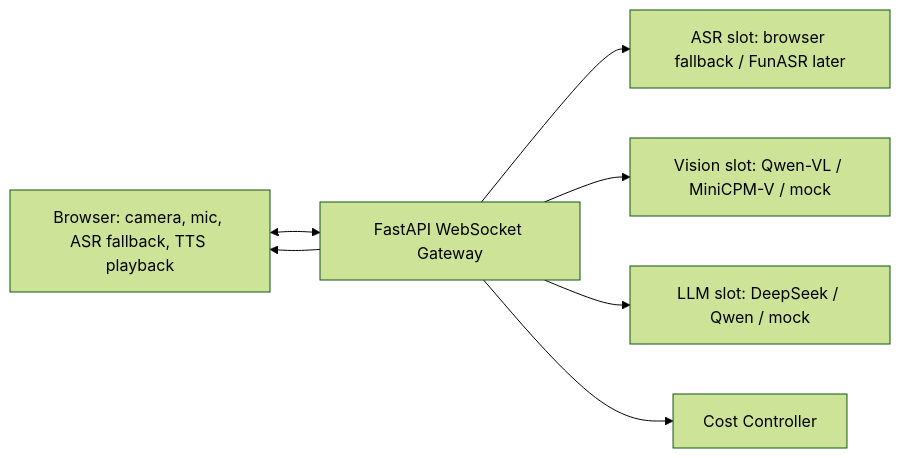
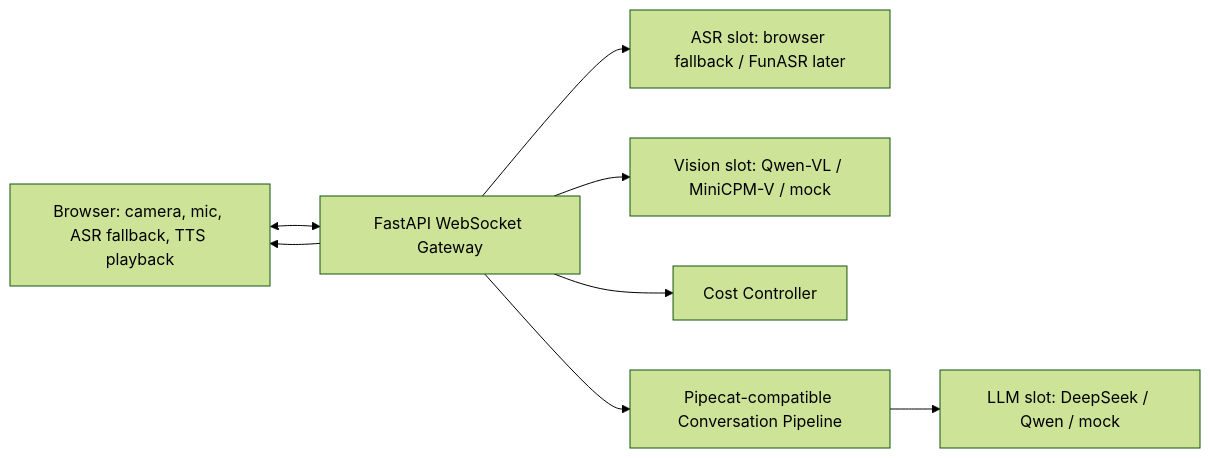
The diagram in docs/design.md (tollisdona/multimedia-ai), drawn with Mermaid (forest theme) before and after one commit. The commit also changed other lines of this file and 14 other files, not shown here.

Commit message:
feat: add streaming UI gateway and pipecat adapter

````diff
--- a/docs/design.md
+++ b/docs/design.md
@@ -35,16 +36,17 @@
 ```mermaid
 flowchart LR
   Browser["Browser: camera, mic, ASR fallback, TTS playback"]
   Gateway["FastAPI WebSocket Gateway"]
   ASR["ASR slot: browser fallback / FunASR later"]
   Vision["Vision slot: Qwen-VL / MiniCPM-V / mock"]
   LLM["LLM slot: DeepSeek / Qwen / mock"]
   Cost["Cost Controller"]
 
   Browser <--> Gateway
   Gateway --> ASR
   Gateway --> Vision
-  Gateway --> LLM
+  Gateway --> Pipe["Pipecat-compatible Conversation Pipeline"]
+  Pipe --> LLM
   Gateway --> Cost
   Gateway --> Browser
 ```
````
